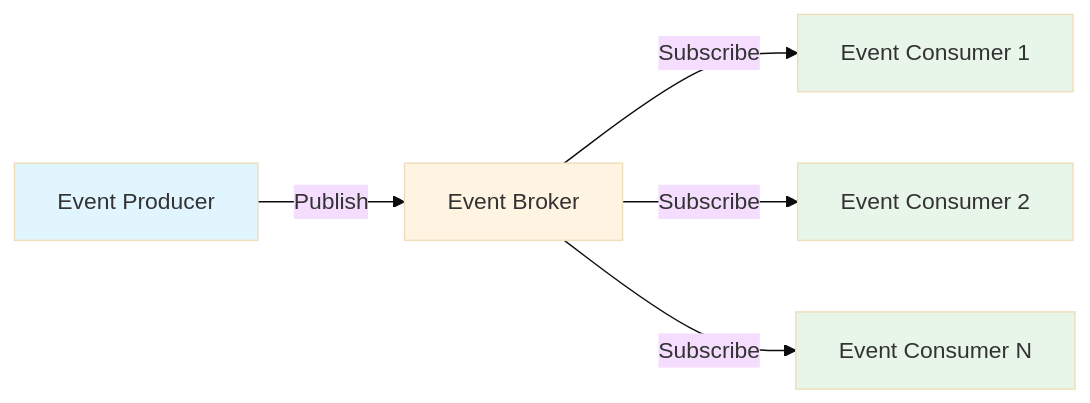
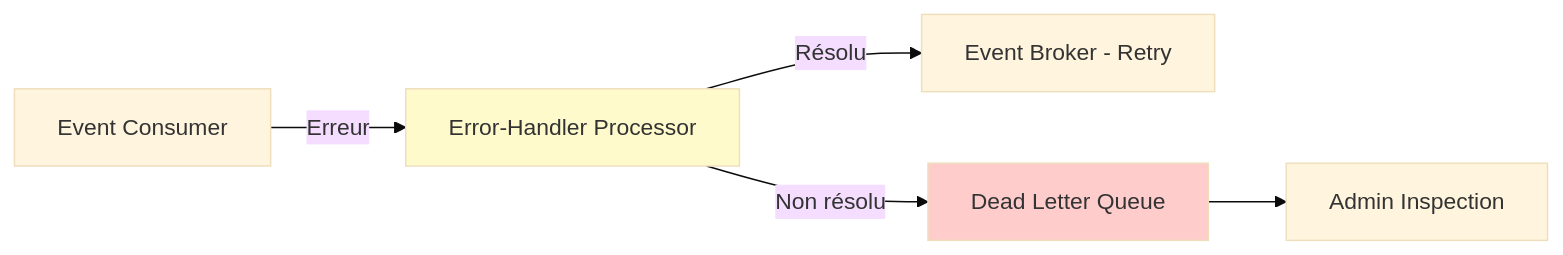
One commit to Ch0wseth/EventDriven_Workshop changed the fourth of 6 diagrams in docs/00-introduction.md. Above: the diagram before and after it, drawn with Mermaid (base theme). The commit also changed other lines of this file and 1 other file, not shown here.

````diff
--- a/docs/00-introduction.md
+++ b/docs/00-introduction.md
@@ -111,13 +377,10 @@
 ```mermaid
 graph LR
-    A[Event Producer] -->|Publish| B[Event Broker]
-    B -->|Subscribe| C[Event Consumer 1]
-    B -->|Subscribe| D[Event Consumer 2]
-    B -->|Subscribe| E[Event Consumer N]
-    
-    style A fill:#e1f5ff
-    style B fill:#fff4e1
-    style C fill:#e8f5e9
-    style D fill:#e8f5e9
-    style E fill:#e8f5e9
+    A[Event Consumer] -->|Erreur| B[Error-Handler Processor]
+    B -->|Résolu| C[Event Broker - Retry]
+    B -->|Non résolu| D[Dead Letter Queue]
+    D --> E[Admin Inspection]
+
+    style D fill:#ffcccc
+    style B fill:#fffacc
 ```
````
